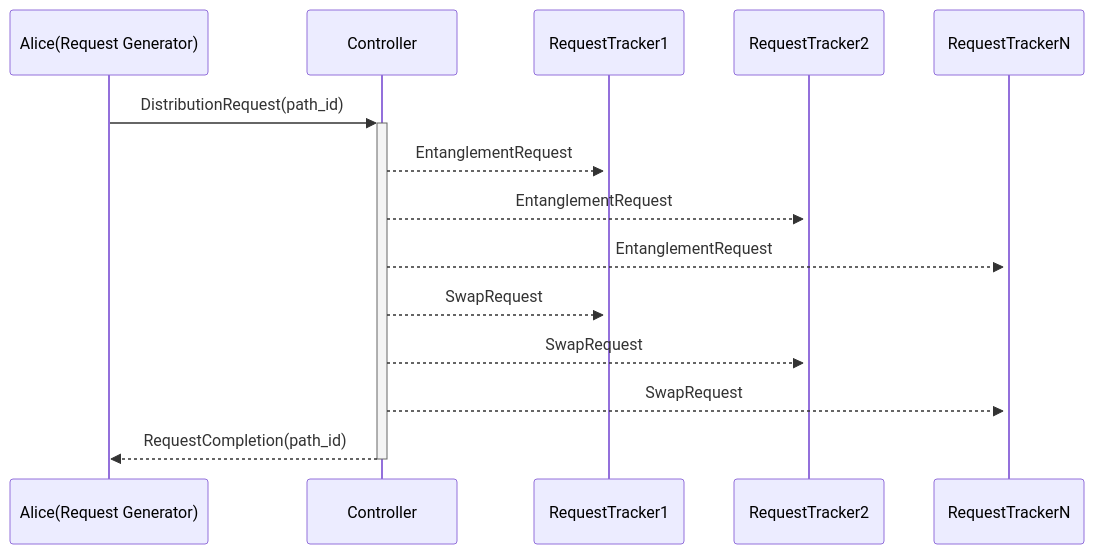
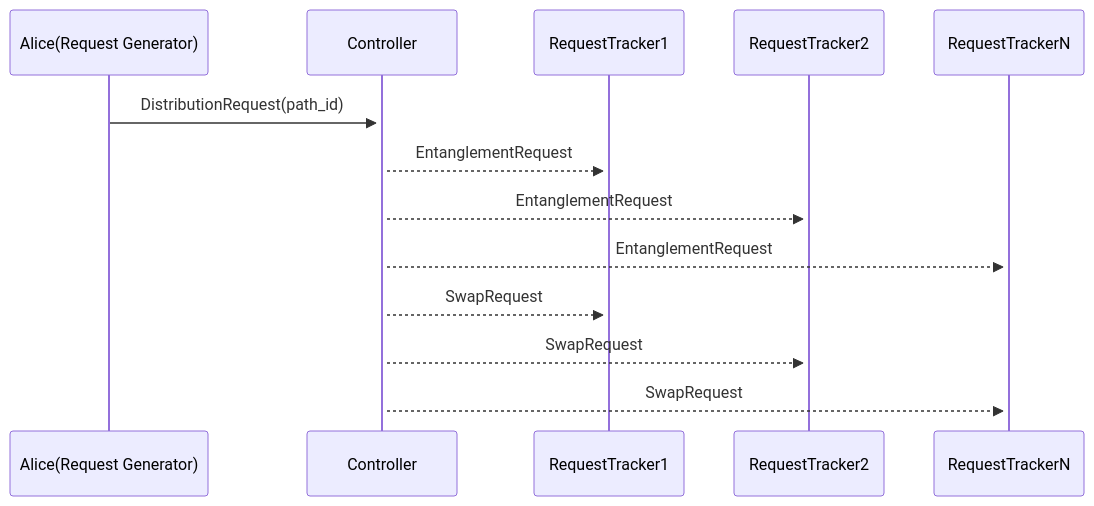
The first of 2 diagrams in examples/controlplane/Readme.md (QuantumSavory/QuantumSavory.jl), drawn with Mermaid before and after one commit. The commit also changed other lines of this file, not shown here.

Commit message:
Update sequence diagrams

````diff
--- a/examples/controlplane/Readme.md
+++ b/examples/controlplane/Readme.md
@@ -13,11 +13,10 @@
 ```mermaid 
 sequenceDiagram
 Alice(Request Generator)->>+Controller: DistributionRequest(path_id)
 Controller-->>+RequestTracker1: EntanglementRequest
 Controller-->>+RequestTracker2: EntanglementRequest
 Controller-->>+RequestTrackerN: EntanglementRequest
 Controller-->>+RequestTracker1: SwapRequest
 Controller-->>+RequestTracker2: SwapRequest
 Controller-->>+RequestTrackerN: SwapRequest
-Controller-->>-Alice(Request Generator): RequestCompletion(path_id)
 ```
````
